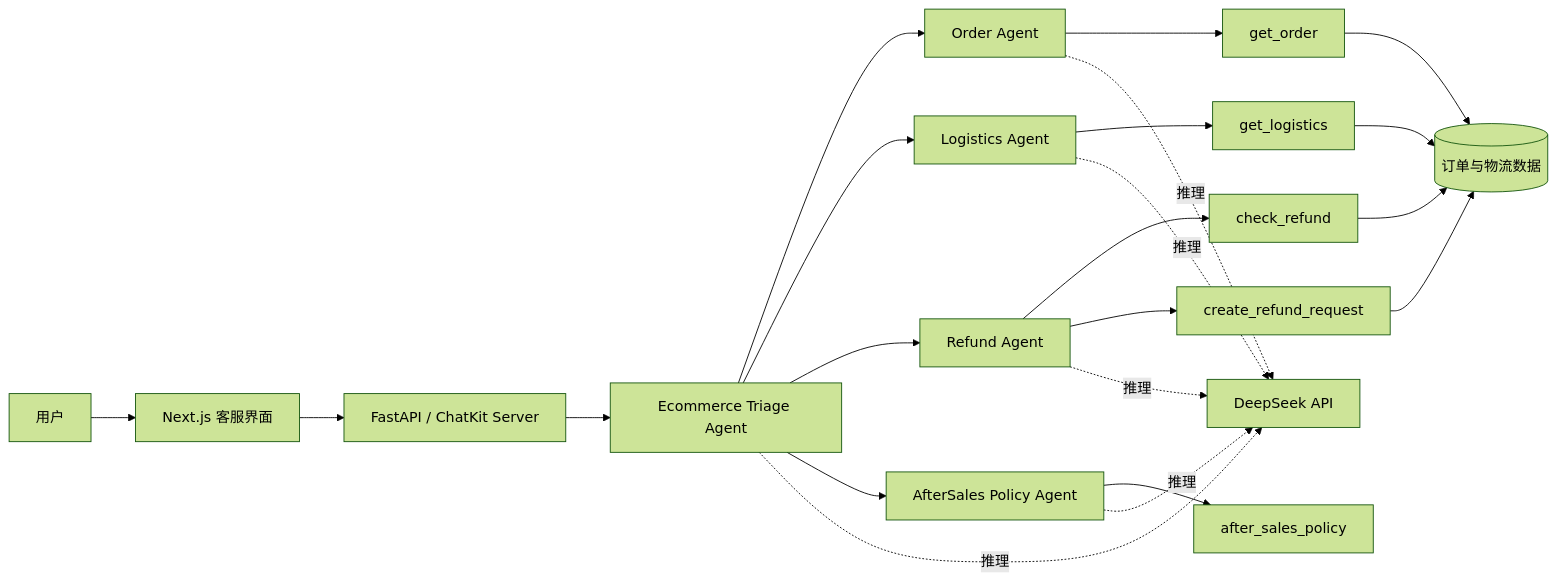
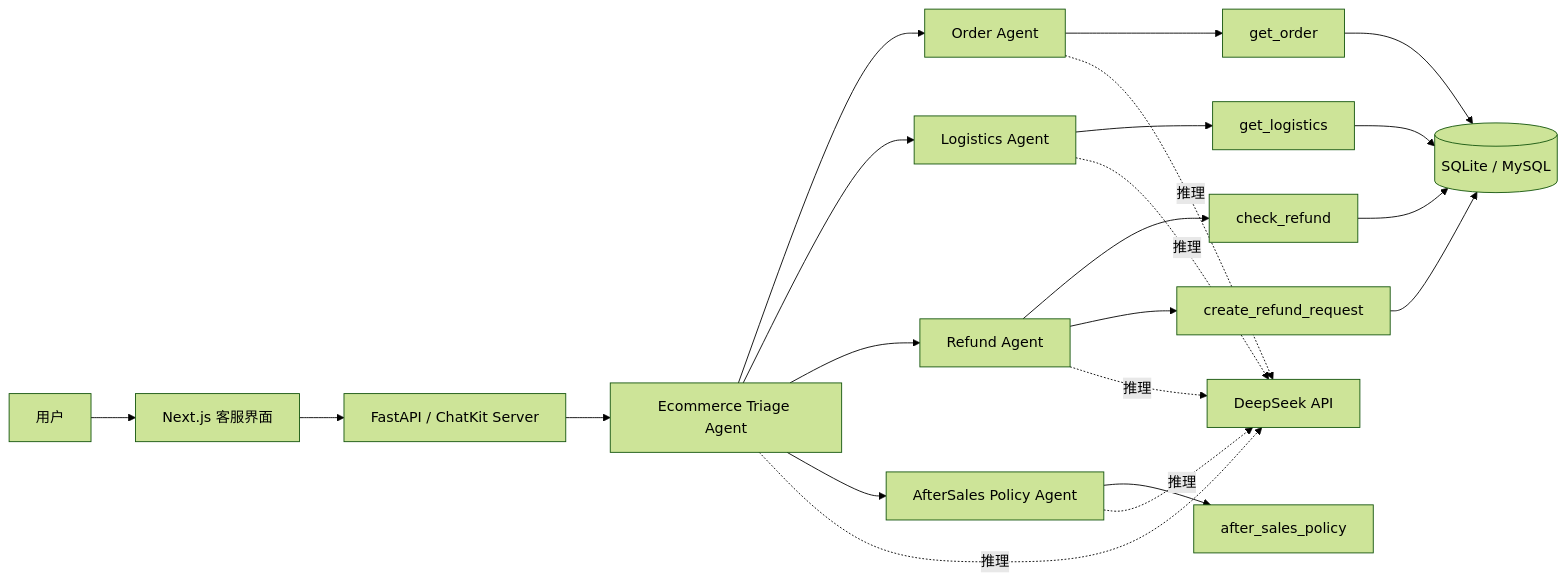
One commit to jiangxinjie02-lgtm/ecommerce-support-agent changed the first of 2 diagrams in README.md. Above: the diagram before and after it, drawn with Mermaid (forest theme). The commit also changed other lines of this file and 24 other files, not shown here.

````diff
--- a/README.md
+++ b/README.md
@@ -30,28 +34,28 @@
 ```mermaid
 flowchart LR
     U[用户] --> UI[Next.js 客服界面]
     UI --> API[FastAPI / ChatKit Server]
     API --> T[Ecommerce Triage Agent]
 
     T --> O[Order Agent]
     T --> L[Logistics Agent]
     T --> R[Refund Agent]
     T --> P[AfterSales Policy Agent]
 
     O --> O1[get_order]
     L --> L1[get_logistics]
     R --> R1[check_refund]
     R --> R2[create_refund_request]
     P --> P1[after_sales_policy]
 
-    O1 --> D[(订单与物流数据)]
+    O1 --> D[(SQLite / MySQL)]
     L1 --> D
     R1 --> D
     R2 --> D
 
     T -. 推理 .-> M[DeepSeek API]
     O -. 推理 .-> M
     L -. 推理 .-> M
     R -. 推理 .-> M
     P -. 推理 .-> M
 ```
````
